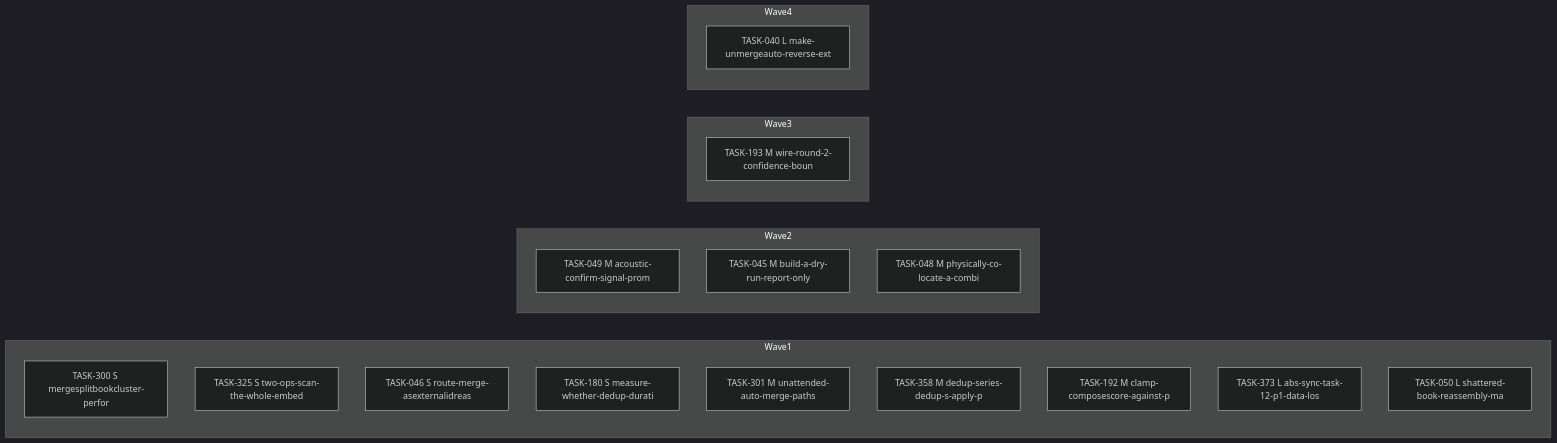
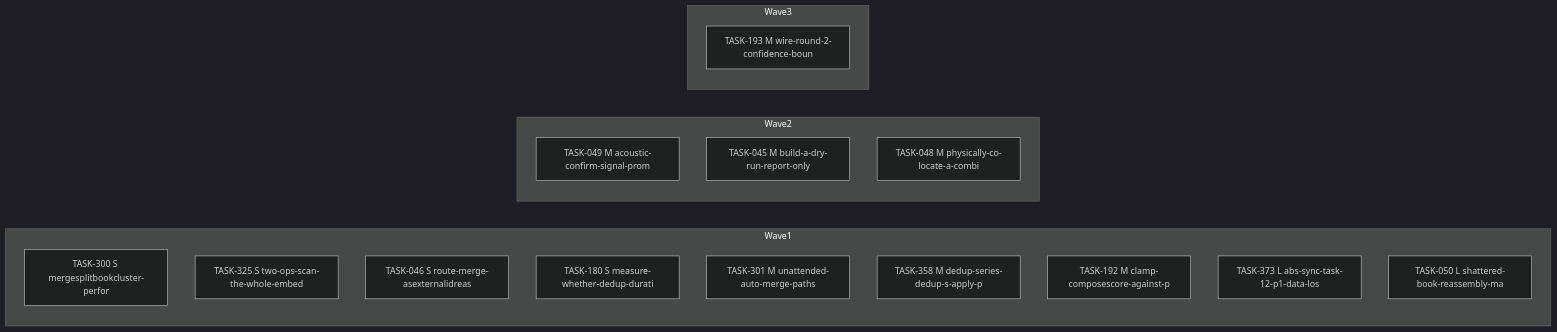
One commit to falkcorp/audiobook-organizer changed the diagram in docs/agent-tasks/todo-completion-2026-09/dedup/orchestration.md. Above: the diagram before and after it, drawn with Mermaid (dark theme). The commit also changed other lines of this file and 118 other files, not shown here.

````diff
--- a/docs/agent-tasks/todo-completion-2026-09/dedup/orchestration.md
+++ b/docs/agent-tasks/todo-completion-2026-09/dedup/orchestration.md
@@ -10,25 +10,22 @@
 ```mermaid
 flowchart LR
     subgraph Wave1
       TASK300[TASK-300 S mergesplitbookcluster-perfor]
       TASK325[TASK-325 S two-ops-scan-the-whole-embed]
       TASK046[TASK-046 S route-merge-asexternalidreas]
       TASK180[TASK-180 S measure-whether-dedup-durati]
       TASK301[TASK-301 M unattended-auto-merge-paths]
       TASK358[TASK-358 M dedup-series-dedup-s-apply-p]
       TASK192[TASK-192 M clamp-composescore-against-p]
       TASK373[TASK-373 L abs-sync-task-12-p1-data-los]
       TASK050[TASK-050 L shattered-book-reassembly-ma]
     end
     subgraph Wave2
       TASK049[TASK-049 M acoustic-confirm-signal-prom]
       TASK045[TASK-045 M build-a-dry-run-report-only]
       TASK048[TASK-048 M physically-co-locate-a-combi]
     end
     subgraph Wave3
       TASK193[TASK-193 M wire-round-2-confidence-boun]
     end
-    subgraph Wave4
-      TASK040[TASK-040 L make-unmergeauto-reverse-ext]
-    end
 ```
````
